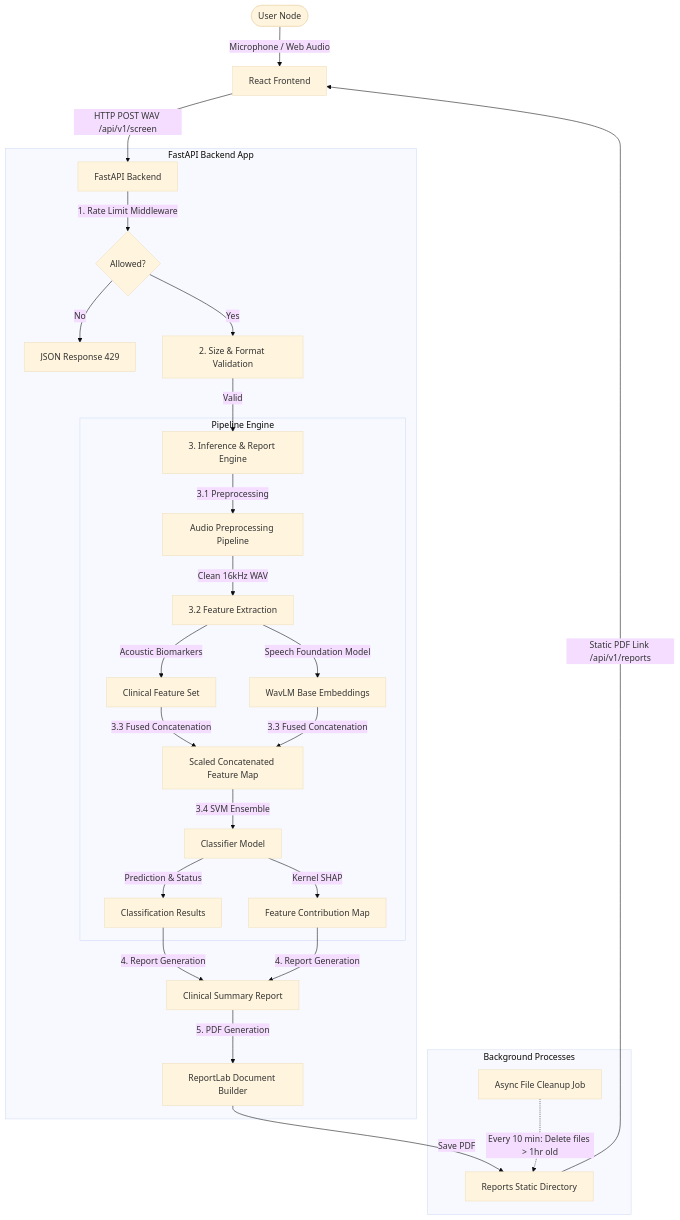
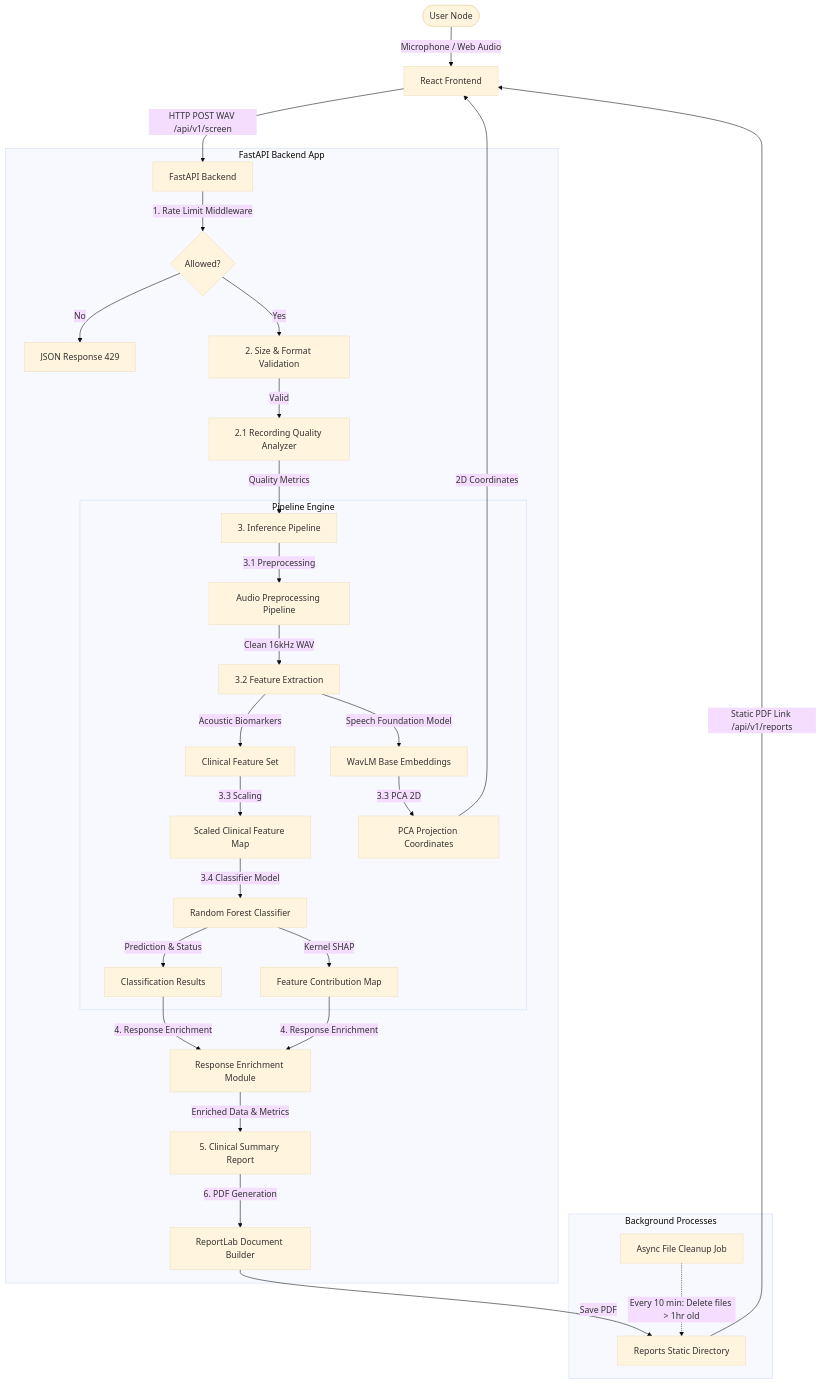
One commit to VaibhavUPratap/vitavoice changed the diagram in docs/architecture.md. Above: the diagram before and after it, drawn with Mermaid (base theme). The commit also changed other lines of this file and 252 other files, not shown here.

````diff
--- a/docs/architecture.md
+++ b/docs/architecture.md
@@ -13,37 +13,42 @@
 ```mermaid
 graph TD
     User([User Node]) -->|Microphone / Web Audio| FE[React Frontend]
     FE -->|HTTP POST WAV /api/v1/screen| BE[FastAPI Backend]
     
     subgraph FastAPI Backend App
         BE -->|1. Rate Limit Middleware| RL{Allowed?}
         RL -->|No| R_429[JSON Response 429]
         RL -->|Yes| VAL[2. Size & Format Validation]
         
-        VAL -->|Valid| INF[3. Inference & Report Engine]
+        VAL -->|Valid| QUAL[2.1 Recording Quality Analyzer]
+        QUAL -->|Quality Metrics| INF[3. Inference Pipeline]
         
         subgraph Pipeline Engine
             INF -->|3.1 Preprocessing| PP[Audio Preprocessing Pipeline]
             PP -->|Clean 16kHz WAV| FE_EXT[3.2 Feature Extraction]
             
             FE_EXT -->|Acoustic Biomarkers| F_CLI[Clinical Feature Set]
             FE_EXT -->|Speech Foundation Model| F_EMB[WavLM Base Embeddings]
             
-            F_CLI & F_EMB -->|3.3 Fused Concatenation| CONCAT[Scaled Concatenated Feature Map]
-            CONCAT -->|3.4 SVM Ensemble| CLF[Classifier Model]
+            F_CLI -->|3.3 Scaling| SCALED[Scaled Clinical Feature Map]
+            SCALED -->|3.4 Classifier Model| CLF[Random Forest Classifier]
+            
+            F_EMB -->|3.3 PCA 2D| PCA_PROJ[PCA Projection Coordinates]
             
             CLF -->|Prediction & Status| OUT[Classification Results]
             CLF -->|Kernel SHAP| SHAP[Feature Contribution Map]
         end
         
-        OUT & SHAP -->|4. Report Generation| REP[Clinical Summary Report]
-        REP -->|5. PDF Generation| PDF[ReportLab Document Builder]
+        OUT & SHAP -->|4. Response Enrichment| ENRICH[Response Enrichment Module]
+        ENRICH -->|Enriched Data & Metrics| REP[5. Clinical Summary Report]
+        REP -->|6. PDF Generation| PDF[ReportLab Document Builder]
     end
     
     PDF -->|Save PDF| STR[Reports Static Directory]
     STR -->|Static PDF Link /api/v1/reports| FE
+    PCA_PROJ -->|2D Coordinates| FE
     
     subgraph Background Processes
         BG[Async File Cleanup Job] -.->|Every 10 min: Delete files > 1hr old| STR
     end
 ```
````
